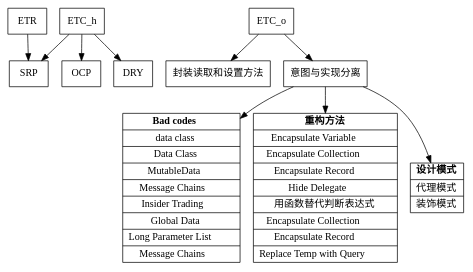
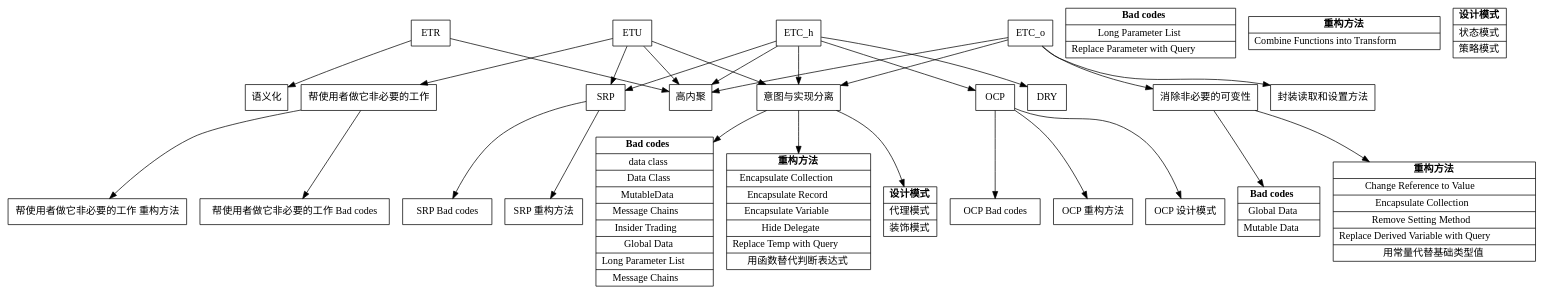
The diagram in Theories/Architecture/设计思想层级结构.md (samoyi/note), drawn with Graphviz before and after one commit. The commit also changed other lines of this file and 12 other files, not shown here.

```diff
--- a/Theories/Architecture/设计思想层级结构.md
+++ b/Theories/Architecture/设计思想层级结构.md
@@ -29,9 +29,79 @@
 
 node [shape=record]
 
-ETR -> {SRP}
-ETC_h -> {SRP OCP DRY}
-ETC_o -> {封装读取和设置方法 意图与实现分离}
+ETR -> {语义化 高内聚}
+ETU -> {SRP 意图与实现分离 高内聚 帮使用者做它非必要的工作}
+ETC_h -> {SRP OCP DRY 意图与实现分离 高内聚}
+ETC_o -> {封装读取和设置方法 消除非必要的可变性 意图与实现分离 高内聚}
+
+
+SRP -> "SRP Bad codes"
+"Bad codes" [
+label = <{<b>Bad codes</b> 
+| Large Class and Large Record
+| Long Function and Long Module
+}>]
+
+SRP -> "SRP 重构方法"
+"重构方法" [
+label = <{<b>重构方法</b> 
+| Extract Function
+| Split Phase
+}>]
+
+
+OCP -> "OCP Bad codes"
+"Bad codes" [
+label = <{<b>Bad codes</b> 
+| Duplicated Code
+}>]
+
+OCP -> "OCP 重构方法"
+"重构方法" [
+label = <{<b>重构方法</b> 
+| Extract Function
+| Split Phase
+}>]
+
+OCP -> "OCP 设计模式"
+"设计模式" [
+label = <{<b>设计模式</b> 
+| 状态模式
+| 策略模式
+}>]
+
+
+帮使用者做它非必要的工作 -> "帮使用者做它非必要的工作 Bad codes"
+"Bad codes" [
+label = <{<b>Bad codes</b> 
+| Long Parameter List
+| Replace Parameter with Query
+}>]
+
+帮使用者做它非必要的工作 -> "帮使用者做它非必要的工作 重构方法"
+"重构方法" [
+label = <{<b>重构方法</b> 
+| Combine Functions into Transform
+}>]
+
+
+消除非必要的可变性 -> "消除非必要的可变性 Bad codes"
+"消除非必要的可变性 Bad codes" [
+label = <{<b>Bad codes</b> 
+| Global Data
+| Mutable Data
+}>]
+
+消除非必要的可变性 -> "消除非必要的可变性 重构方法"
+"消除非必要的可变性 重构方法" [
+label = <{<b>重构方法</b> 
+| Change Reference to Value
+| Encapsulate Collection
+| Remove Setting Method
+| Replace Derived Variable with Query
+| 用常量代替基础类型值
+}>]
+
 
 意图与实现分离 -> "意图与实现分离 Bad codes"
 "意图与实现分离 Bad codes" [
@@ -49,14 +119,12 @@
 意图与实现分离 -> "意图与实现分离 重构方法"
 "意图与实现分离 重构方法" [
 label = <{<b>重构方法</b> 
-| Encapsulate Variable
 | Encapsulate Collection
 | Encapsulate Record
+| Encapsulate Variable
 | Hide Delegate
+| Replace Temp with Query
 | 用函数替代判断表达式
-| Encapsulate Collection
-| Encapsulate Record
-| Replace Temp with Query
 }>]
 
 意图与实现分离 -> "意图与实现分离 设计模式"
```
